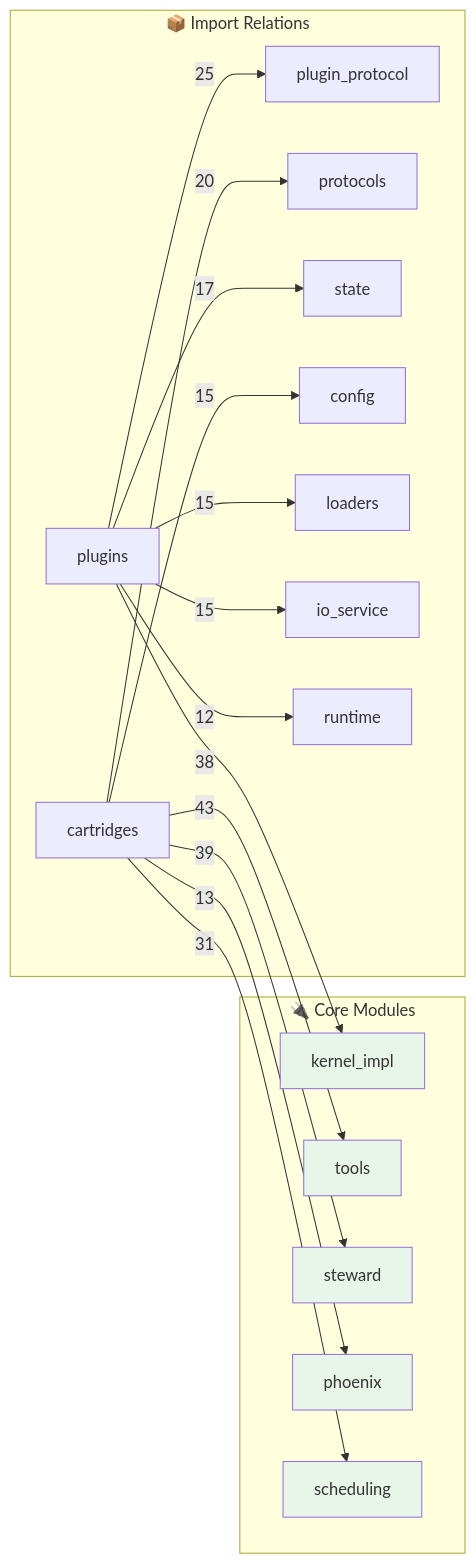
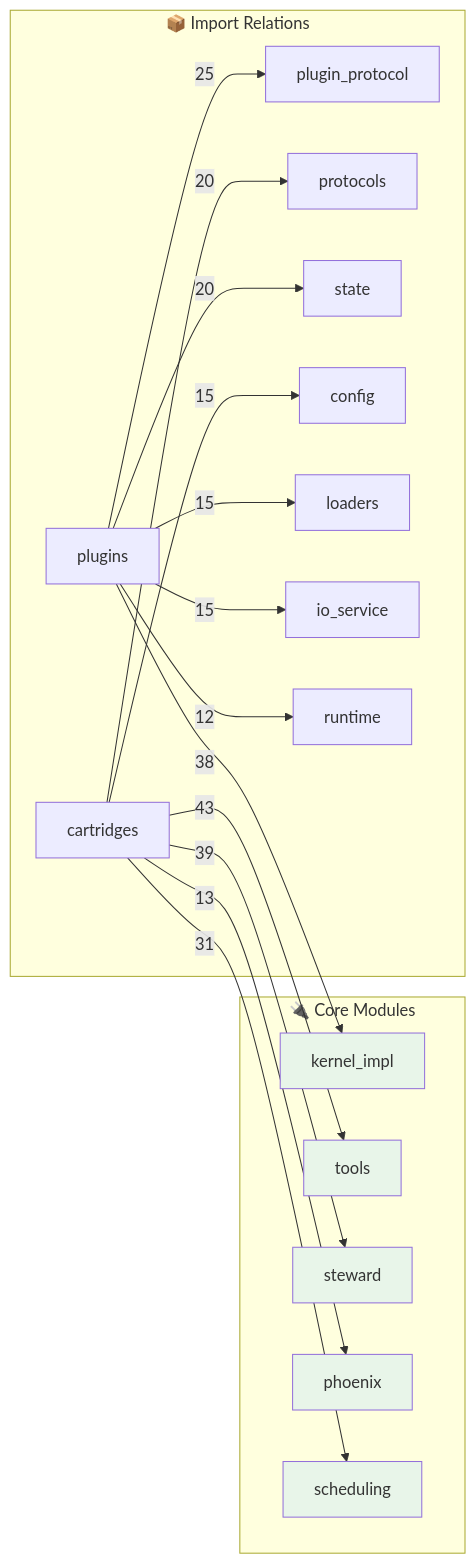
One commit to kimeisele/steward-protocol changed the second of 2 diagrams in OPUS.md. Above: the diagram before and after it, drawn with Mermaid. The commit also changed other lines of this file and 15 other files, not shown here.

````diff
--- a/OPUS.md
+++ b/OPUS.md
@@ -664,31 +666,31 @@
 ```mermaid
 flowchart LR
     subgraph Core["🔌 Core Modules"]
         kernel_impl[kernel_impl]
         tools[tools]
         steward[steward]
         phoenix[phoenix]
         scheduling[scheduling]
     end
 
     subgraph Edges["📦 Import Relations"]
         cartridges -->|43| tools
         cartridges -->|39| steward
         plugins -->|38| kernel_impl
         cartridges -->|31| scheduling
         plugins -->|25| plugin_protocol
         cartridges -->|20| protocols
-        plugins -->|17| state
+        plugins -->|20| state
         cartridges -->|15| config
         plugins -->|15| loaders
         plugins -->|15| io_service
         cartridges -->|13| phoenix
         plugins -->|12| runtime
     end
 
     style kernel_impl fill:#e8f5e9
     style tools fill:#e8f5e9
     style steward fill:#e8f5e9
     style phoenix fill:#e8f5e9
     style scheduling fill:#e8f5e9
 ```
````
